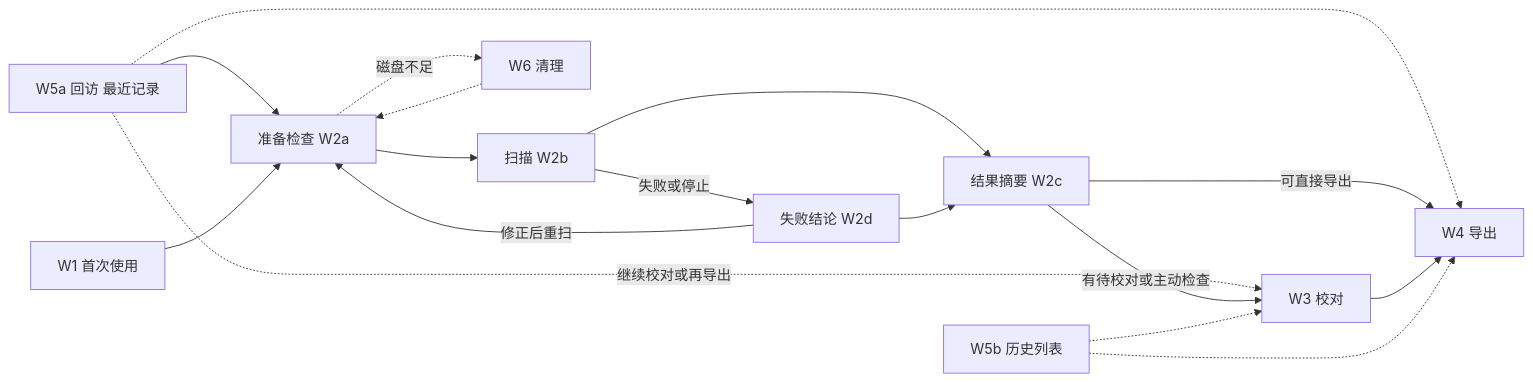
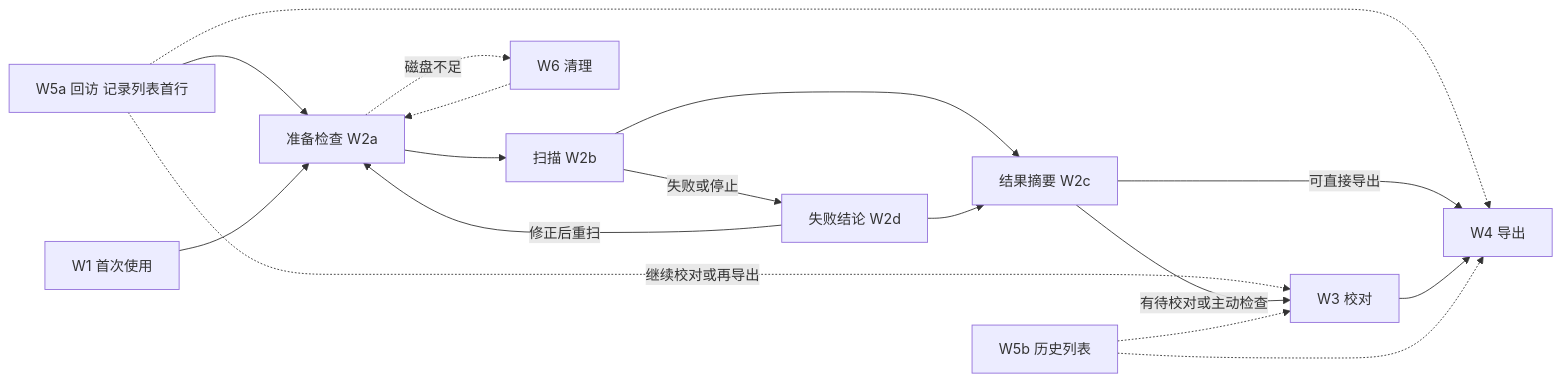
The first of 11 diagrams in docs/design/uiux-2026-11/03-journeys-windows.md (LoTwT/youkai), drawn with Mermaid before and after one commit. The commit also changed other lines of this file and 16 other files, not shown here.

````diff
--- a/docs/design/uiux-2026-11/03-journeys-windows.md
+++ b/docs/design/uiux-2026-11/03-journeys-windows.md
@@ -31,19 +31,19 @@
 ```mermaid
 flowchart LR
-  R[W5a 回访 最近记录] --> P[准备检查 W2a]
+  R[W5a 回访 记录列表首行] --> P[准备检查 W2a]
   F[W1 首次使用] --> P
   R -.继续校对或再导出.-> RV[W3 校对]
   R -.-> EX[W4 导出]
   P --> S[扫描 W2b]
   S --> SUM[结果摘要 W2c]
   S -->|失败或停止| FAIL[失败结论 W2d]
   FAIL --> SUM
   FAIL -->|修正后重扫| P
   SUM -->|有待校对或主动检查| RV
   SUM -->|可直接导出| EX
   RV --> EX
   P -.磁盘不足.-> CL[W6 清理]
   CL -.-> P
   H[W5b 历史列表] -.-> RV
   H -.-> EX
 ```
````
